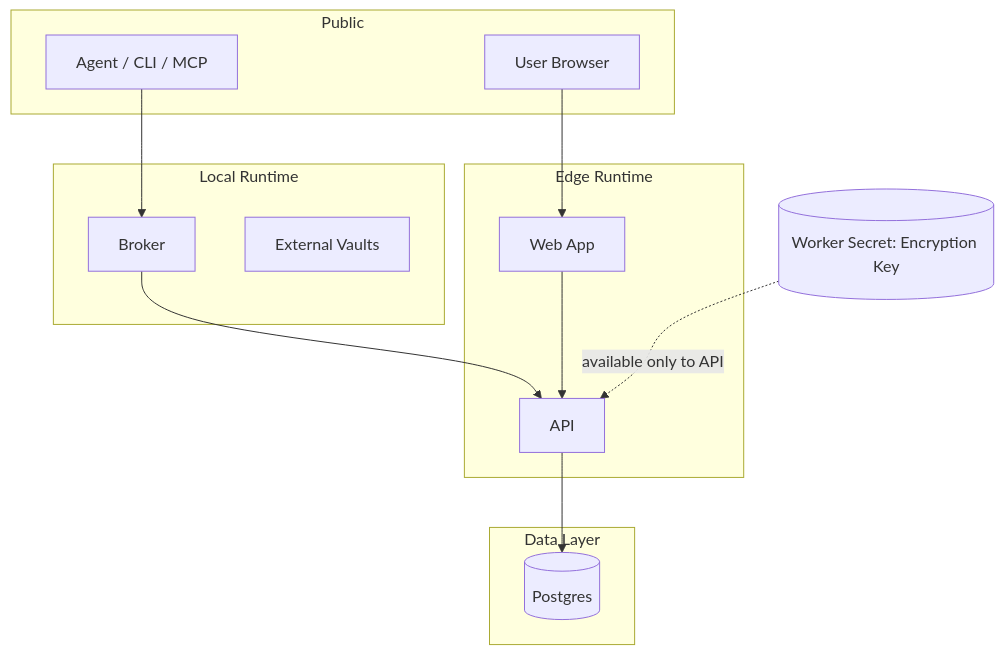
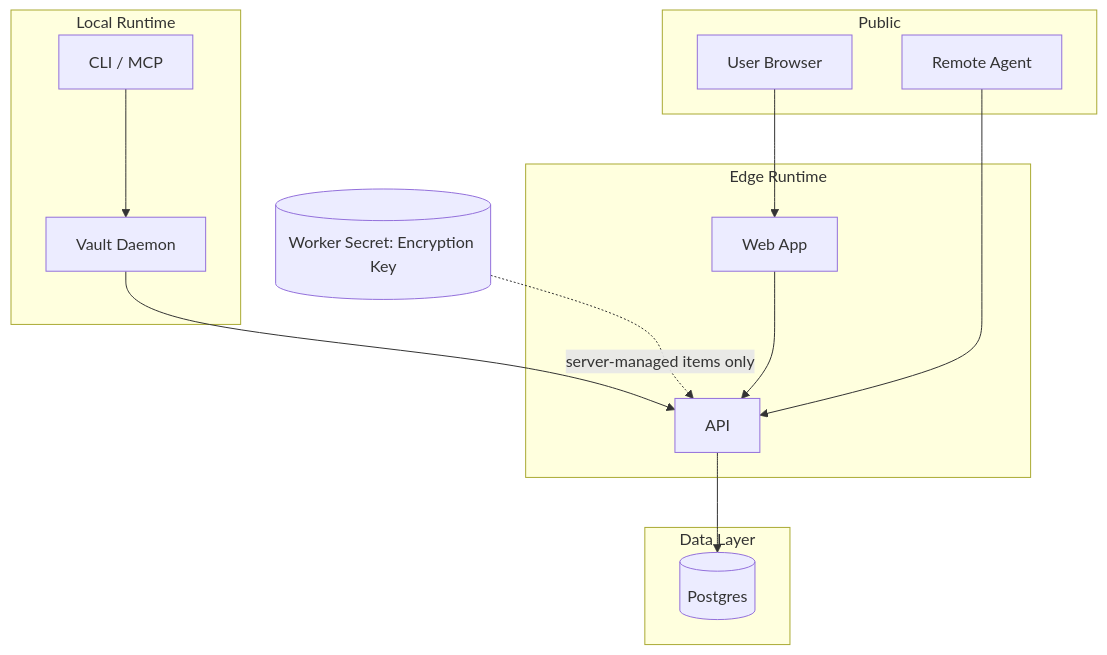
One commit to punitarani/abadge changed the fourth of 9 diagrams in docs/ARCHITECTURE.md. Above: the diagram before and after it, drawn with Mermaid. The commit also changed other lines of this file and 35 other files, not shown here.

````diff
--- a/docs/ARCHITECTURE.md
+++ b/docs/ARCHITECTURE.md
@@ -255,29 +258,30 @@
 ```mermaid
 flowchart TB
   subgraph Public
     U[User Browser]
-    A[Agent / CLI / MCP]
+    A[Remote Agent]
+  end
+
+  subgraph Local Runtime
+    CLI[CLI / MCP]
+    Daemon[Vault Daemon]
   end
 
   subgraph Edge Runtime
     W[Web App]
     API[API]
   end
 
-  subgraph Local Runtime
-    Broker[Broker]
-    ExtVault[External Vaults]
-  end
-
   subgraph Data Layer
     DB[(Postgres)]
   end
 
   U --> W
-  A --> Broker
-  Broker --> API
+  A --> API
+  CLI --> Daemon
+  Daemon --> API
   W --> API
   API --> DB
 
-  K[(Worker Secret: Encryption Key)] -. available only to API .-> API
+  K[(Worker Secret: Encryption Key)] -. server-managed items only .-> API
 ```
````
